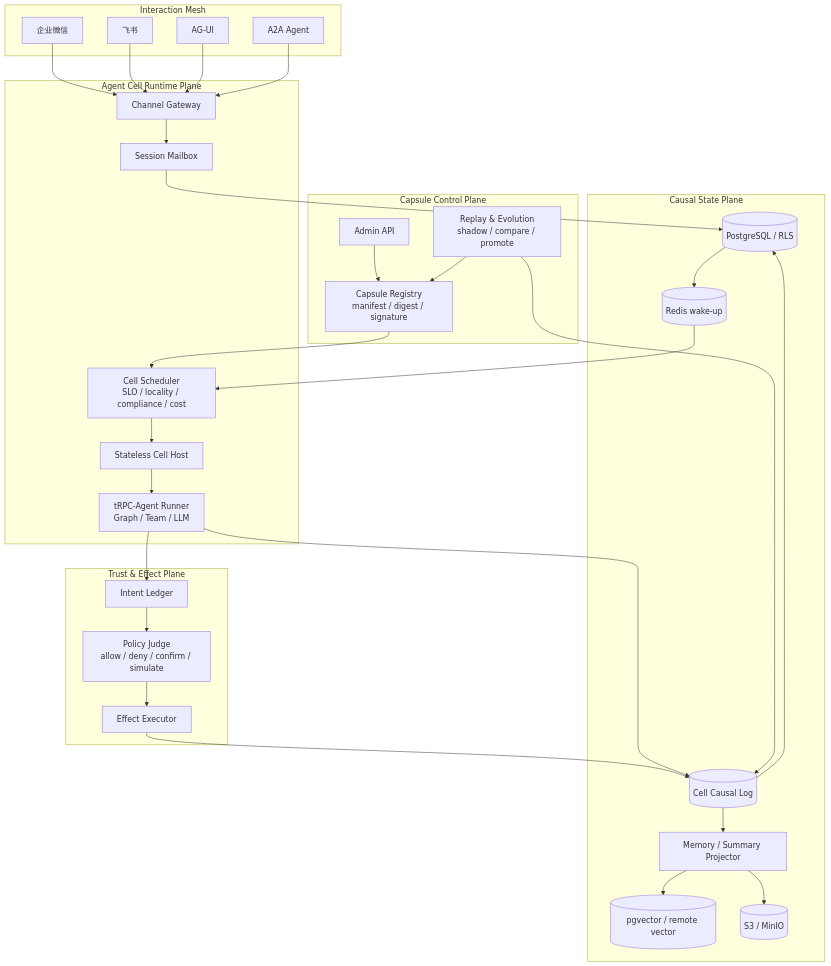
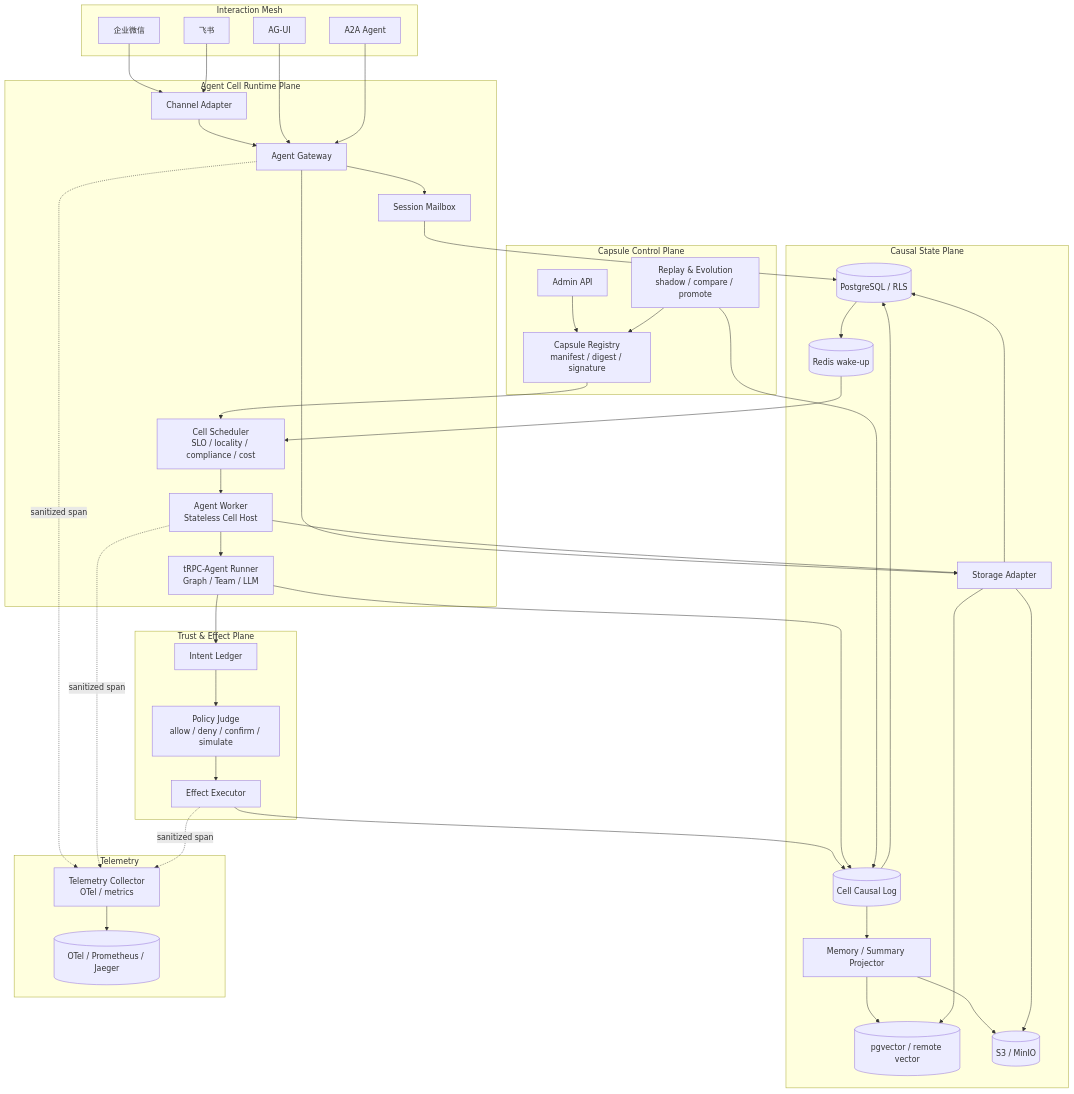
The first of 2 diagrams in docs/agent-cell-fabric.md (neutronstar238/trpc-agent-service), drawn with Mermaid before and after one commit. The commit also changed other lines of this file and 127 other files, not shown here.

Commit message:
feat: add Agent Cell Fabric innovation platform

````diff
--- a/docs/agent-cell-fabric.md
+++ b/docs/agent-cell-fabric.md
@@ -37,62 +45,79 @@
 ```mermaid
 flowchart TB
     subgraph Interaction[Interaction Mesh]
         WECOM[企业微信]
         FEISHU[飞书]
         AGUI[AG-UI]
         A2A[A2A Agent]
     end
 
     subgraph Control[Capsule Control Plane]
         ADMIN[Admin API]
         REGISTRY[Capsule Registry<br/>manifest / digest / signature]
         EVOLUTION[Replay & Evolution<br/>shadow / compare / promote]
     end
 
     subgraph Runtime[Agent Cell Runtime Plane]
-        GATEWAY[Channel Gateway]
+        CHANNEL[Channel Adapter]
+        GATEWAY[Agent Gateway]
         SCHEDULER[Cell Scheduler<br/>SLO / locality / compliance / cost]
         MAILBOX[Session Mailbox]
-        WORKER[Stateless Cell Host]
+        WORKER[Agent Worker<br/>Stateless Cell Host]
         RUNNER[tRPC-Agent Runner<br/>Graph / Team / LLM]
     end
 
     subgraph Trust[Trust & Effect Plane]
         INTENT[Intent Ledger]
         POLICY[Policy Judge<br/>allow / deny / confirm / simulate]
         EFFECT[Effect Executor]
     end
 
     subgraph State[Causal State Plane]
         LOG[(Cell Causal Log)]
         PG[(PostgreSQL / RLS)]
         REDIS[(Redis wake-up)]
         MEMORY[Memory / Summary Projector]
         VECTOR[(pgvector / remote vector)]
         OBJECT[(S3 / MinIO)]
+        STORAGE[Storage Adapter]
     end
 
-    WECOM --> GATEWAY
-    FEISHU --> GATEWAY
+    subgraph Observe[Telemetry]
+        TELEMETRY[Telemetry Collector<br/>OTel / metrics]
+        OBS[(OTel / Prometheus / Jaeger)]
+    end
+
+    WECOM --> CHANNEL
+    FEISHU --> CHANNEL
+    CHANNEL --> GATEWAY
     AGUI --> GATEWAY
     A2A --> GATEWAY
     ADMIN --> REGISTRY
     REGISTRY --> SCHEDULER
     GATEWAY --> MAILBOX
     MAILBOX --> PG
     PG --> REDIS
     REDIS --> SCHEDULER
     SCHEDULER --> WORKER
     WORKER --> RUNNER
     RUNNER --> INTENT
     INTENT --> POLICY
     POLICY --> EFFECT
     EFFECT --> LOG
     RUNNER --> LOG
     LOG --> PG
     LOG --> MEMORY
     MEMORY --> VECTOR
     MEMORY --> OBJECT
+    GATEWAY --> STORAGE
+    WORKER --> STORAGE
+    STORAGE --> PG
+    STORAGE --> VECTOR
+    STORAGE --> OBJECT
+    GATEWAY -. sanitized span .-> TELEMETRY
+    WORKER -. sanitized span .-> TELEMETRY
+    EFFECT -. sanitized span .-> TELEMETRY
+    TELEMETRY --> OBS
     EVOLUTION --> LOG
     EVOLUTION --> REGISTRY
 ```
````
